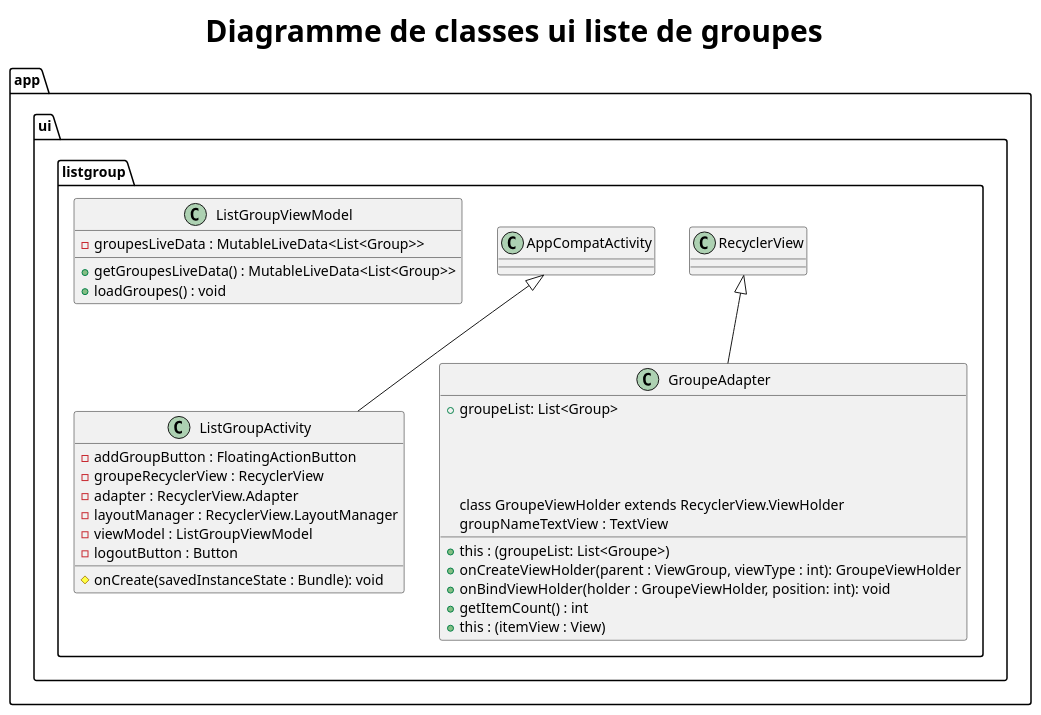
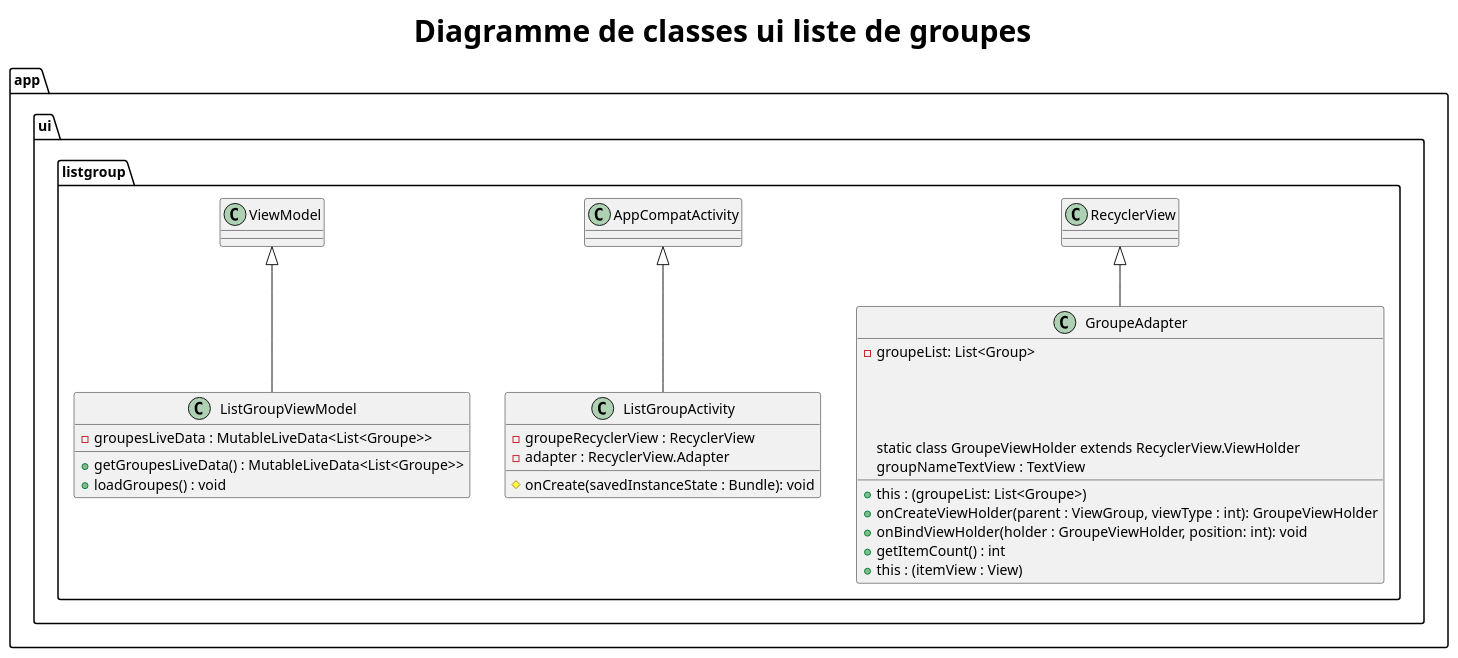
The diagram in app/docs/asciidoc/models/modelui4.puml (SefkanTas/Sonofy), drawn with PlantUML before and after one commit. The commit also changed 9 other files, not shown here.

```diff
--- a/app/docs/asciidoc/models/modelui4.puml
+++ b/app/docs/asciidoc/models/modelui4.puml
@@ -1,47 +1,43 @@
 @startuml modelui4
 title <size:30><b>Diagramme de classes ui liste de groupes</b></size>
 
 package app{
 
   package ui{
         package listgroup{
 
                 class GroupeAdapter extends RecyclerView{
-                    + groupeList: List<Group>
+                    - groupeList: List<Group>
 
                     + this : (groupeList: List<Groupe>)
 
 
                     + onCreateViewHolder(parent : ViewGroup, viewType : int): GroupeViewHolder
                     + onBindViewHolder(holder : GroupeViewHolder, position: int): void
                     + getItemCount() : int
 
-                    class GroupeViewHolder extends RecyclerView.ViewHolder
+                    static class GroupeViewHolder extends RecyclerView.ViewHolder
                          groupNameTextView : TextView
 
                         + this : (itemView : View)
 
                 }
 
                 class ListGroupActivity extends AppCompatActivity {
-                    - addGroupButton : FloatingActionButton
                     - groupeRecyclerView : RecyclerView
                     - adapter : RecyclerView.Adapter
-                    - layoutManager : RecyclerView.LayoutManager
-                    - viewModel : ListGroupViewModel
-                    - logoutButton : Button
 
                     # onCreate(savedInstanceState : Bundle): void
                 }
 
-                class ListGroupViewModel{
-                    - groupesLiveData : MutableLiveData<List<Group>>
+                class ListGroupViewModel extends ViewModel{
+                    - groupesLiveData : MutableLiveData<List<Groupe>>
 
-                    + getGroupesLiveData() : MutableLiveData<List<Group>>
+                    + getGroupesLiveData() : MutableLiveData<List<Groupe>>
                     + loadGroupes() : void
                 }
             }
     }
 }
 
 @enduml
```
